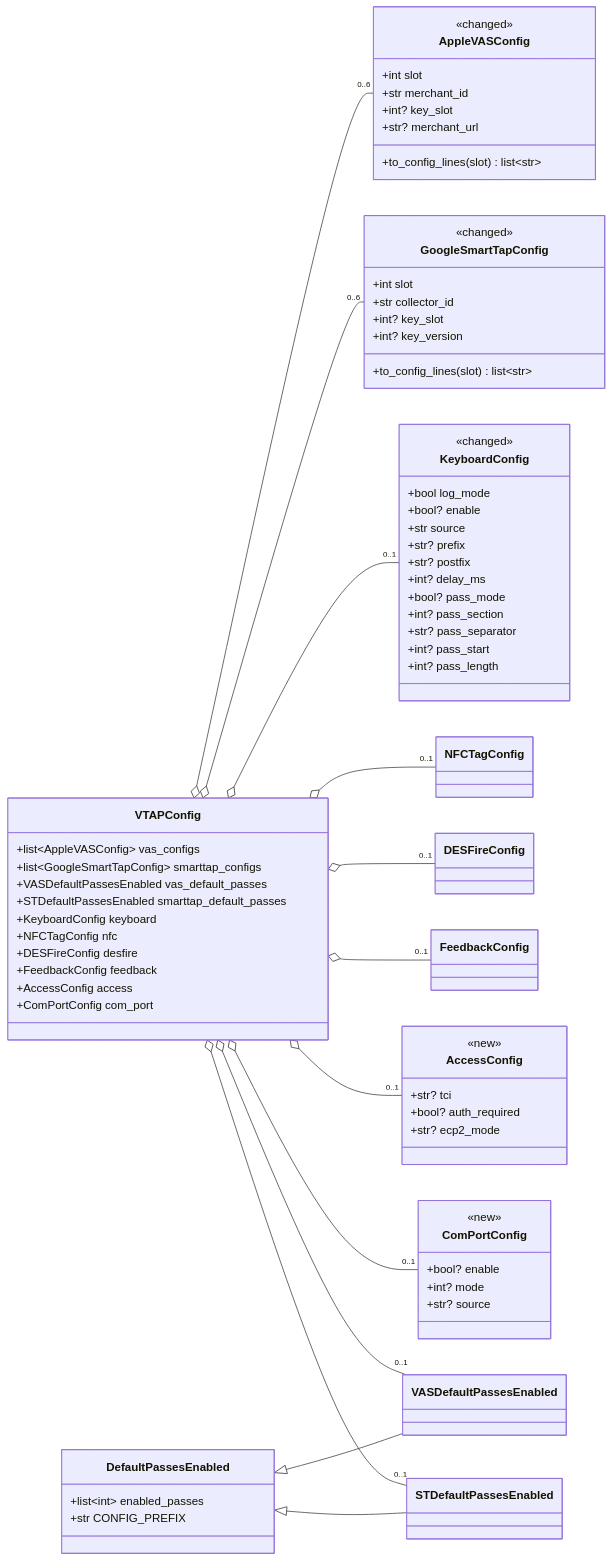
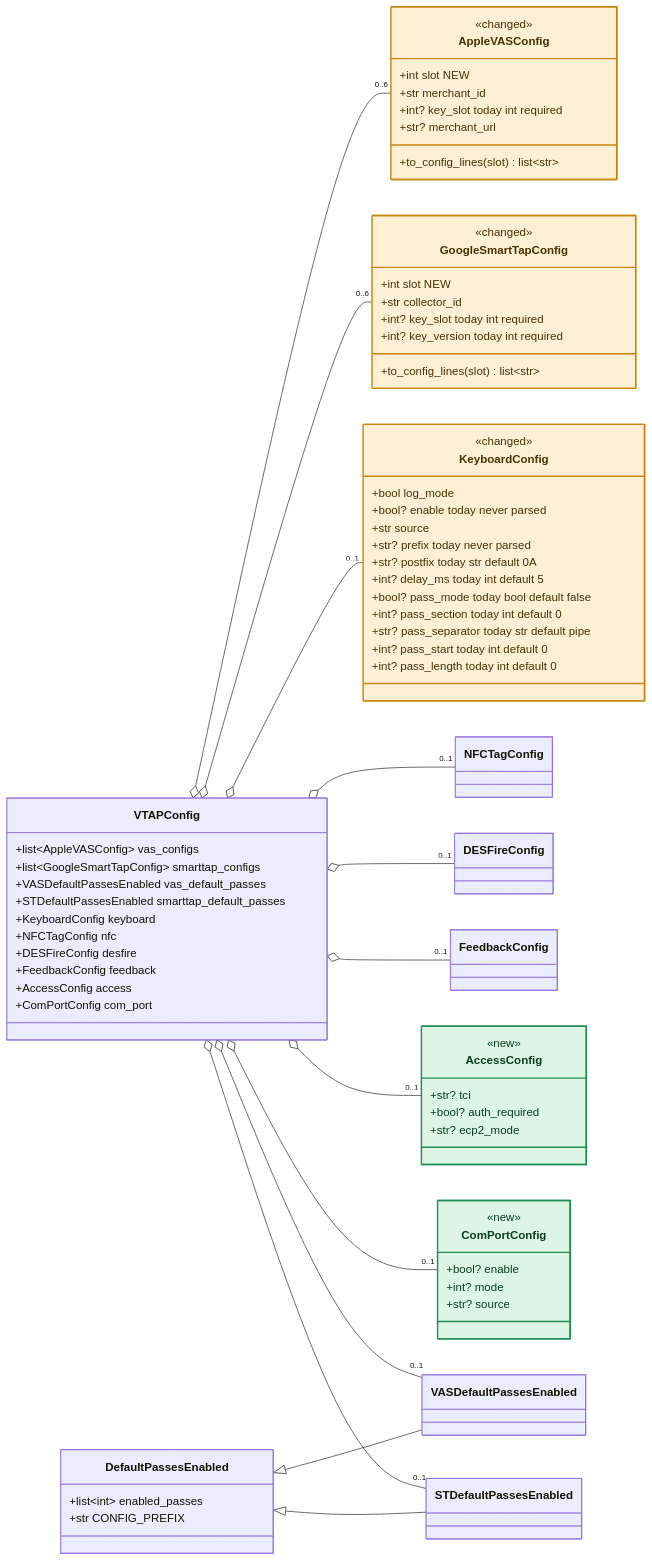
The first of 3 diagrams in docs/superpowers/specs/2026-08-28-config-roundtrip-design.md (zworkb/vtap100), drawn with Mermaid before and after one commit. The commit also changed other lines of this file, not shown here.

First line of the commit message:
docs: colour new and changed classes in the spec diagrams

````diff
--- a/docs/superpowers/specs/2026-08-28-config-roundtrip-design.md
+++ b/docs/superpowers/specs/2026-08-28-config-roundtrip-design.md
@@ -178,35 +182,35 @@
 
     class AppleVASConfig {
         <<changed>>
-        +int slot
+        +int slot  NEW
         +str merchant_id
-        +int? key_slot
+        +int? key_slot  today int required
         +str? merchant_url
         +to_config_lines(slot) list~str~
     }
 
     class GoogleSmartTapConfig {
         <<changed>>
-        +int slot
+        +int slot  NEW
         +str collector_id
-        +int? key_slot
-        +int? key_version
+        +int? key_slot  today int required
+        +int? key_version  today int required
         +to_config_lines(slot) list~str~
     }
 
     class KeyboardConfig {
         <<changed>>
         +bool log_mode
-        +bool? enable
+        +bool? enable  today never parsed
         +str source
-        +str? prefix
-        +str? postfix
-        +int? delay_ms
-        +bool? pass_mode
-        +int? pass_section
-        +str? pass_separator
-        +int? pass_start
-        +int? pass_length
+        +str? prefix  today never parsed
+        +str? postfix  today str default 0A
+        +int? delay_ms  today int default 5
+        +bool? pass_mode  today bool default false
+        +int? pass_section  today int default 0
+        +str? pass_separator  today str default pipe
+        +int? pass_start  today int default 0
+        +int? pass_length  today int default 0
     }
 
     class AccessConfig {
@@ -241,4 +245,10 @@
 
     DefaultPassesEnabled <|-- VASDefaultPassesEnabled
     DefaultPassesEnabled <|-- STDefaultPassesEnabled
+
+    style AccessConfig fill:#dcf5e4,stroke:#218c53,stroke-width:2px,color:#0b3d22
+    style ComPortConfig fill:#dcf5e4,stroke:#218c53,stroke-width:2px,color:#0b3d22
+    style AppleVASConfig fill:#fdf0d5,stroke:#c8860d,stroke-width:2px,color:#4a3106
+    style GoogleSmartTapConfig fill:#fdf0d5,stroke:#c8860d,stroke-width:2px,color:#4a3106
+    style KeyboardConfig fill:#fdf0d5,stroke:#c8860d,stroke-width:2px,color:#4a3106
 ```
````
